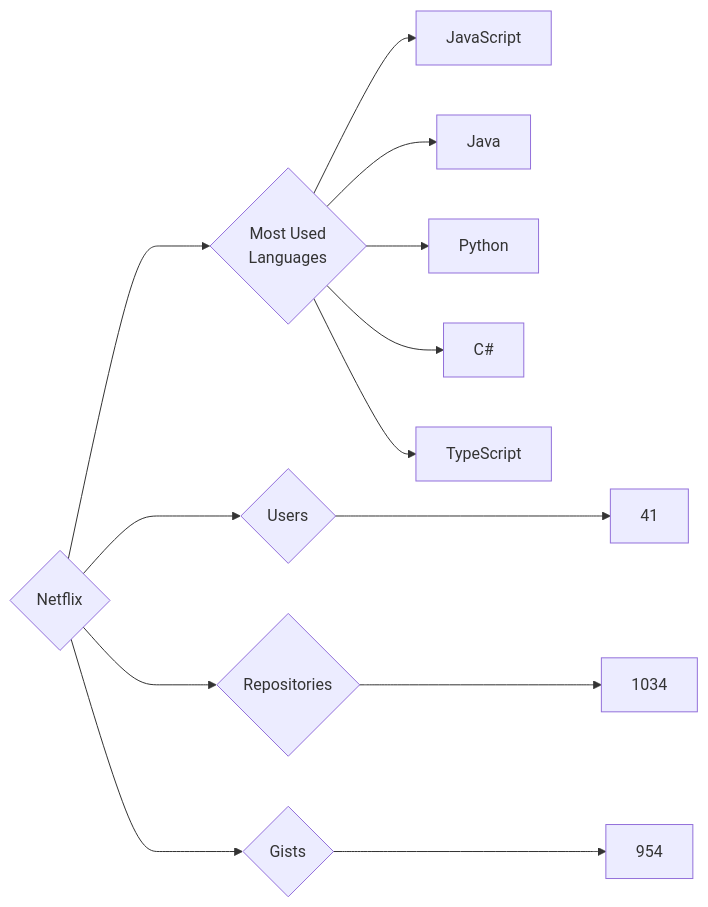
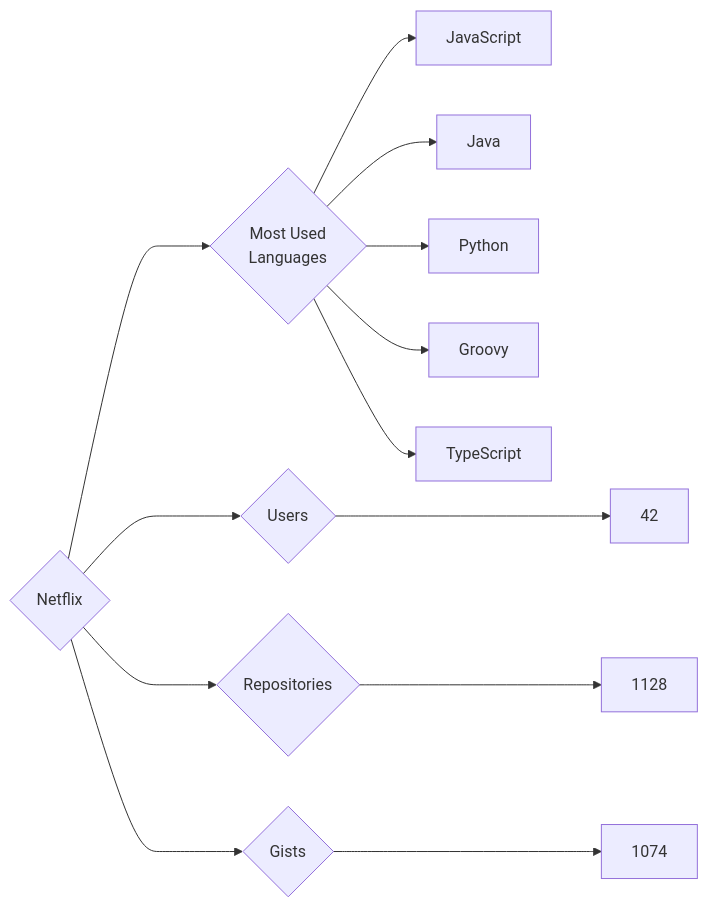
The diagram in targets/Netflix/README.md (trickest/insiders), drawn with Mermaid before and after one commit. The commit also changed 939 other files, not shown here.

````diff
--- a/targets/Netflix/README.md
+++ b/targets/Netflix/README.md
@@ -3,13 +3,13 @@
 ```mermaid
 graph LR
 COMPANY_NAME{Netflix}
-COMPANY_NAME ---> U{Users} ---> UN[41]
-COMPANY_NAME ---> R{Repositories} ---> RN[1034]
-COMPANY_NAME ---> G{Gists} ---> GN[954]
+COMPANY_NAME ---> U{Users} ---> UN[42]
+COMPANY_NAME ---> R{Repositories} ---> RN[1128]
+COMPANY_NAME ---> G{Gists} ---> GN[1074]
 COMPANY_NAME ---> ML{Most Used<br>Languages}
 ML --> JavaScript[JavaScript]
 ML --> Java[Java]
 ML --> Python[Python]
-ML --> C#[C#]
+ML --> Groovy[Groovy]
 ML --> TypeScript[TypeScript]
 ```
````
